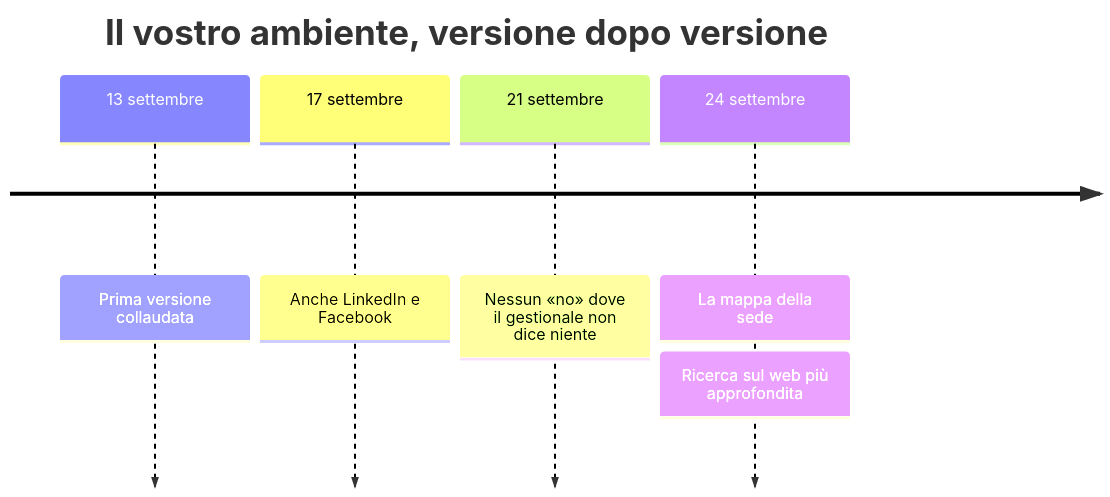
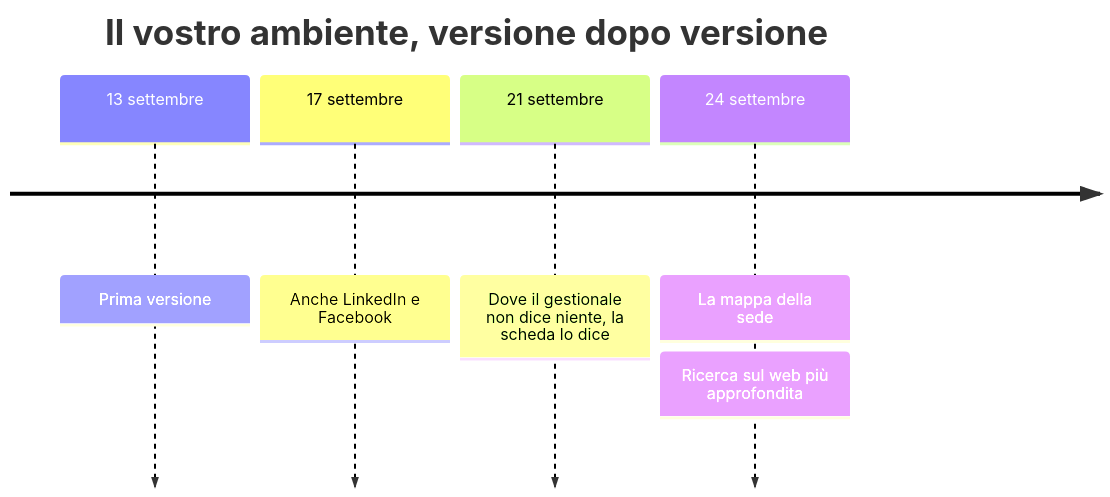
One commit to hevolusinnovation/hevolus-claude-plugins changed the fourth of 4 diagrams in plugins/blueprints/skills/xrcopilotlab-blueprint-guide/references/grafici.md. Above: the diagram before and after it, drawn with Mermaid. The commit also changed other lines of this file and 15 other files, not shown here.

````diff
--- a/plugins/blueprints/skills/xrcopilotlab-blueprint-guide/references/grafici.md
+++ b/plugins/blueprints/skills/xrcopilotlab-blueprint-guide/references/grafici.md
@@ -109,8 +102,8 @@
 ```mermaid
 timeline
   title Il vostro ambiente, versione dopo versione
-  13 settembre : Prima versione collaudata
+  13 settembre : Prima versione
   17 settembre : Anche LinkedIn e Facebook
-  21 settembre : Nessun «no» dove il gestionale non dice niente
+  21 settembre : Dove il gestionale non dice niente, la scheda lo dice
   24 settembre : La mappa della sede : Ricerca sul web più approfondita
 ```
````
